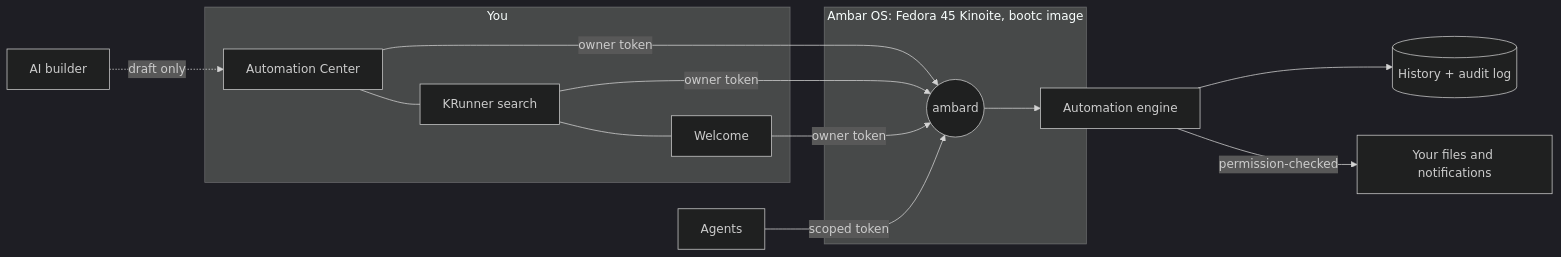
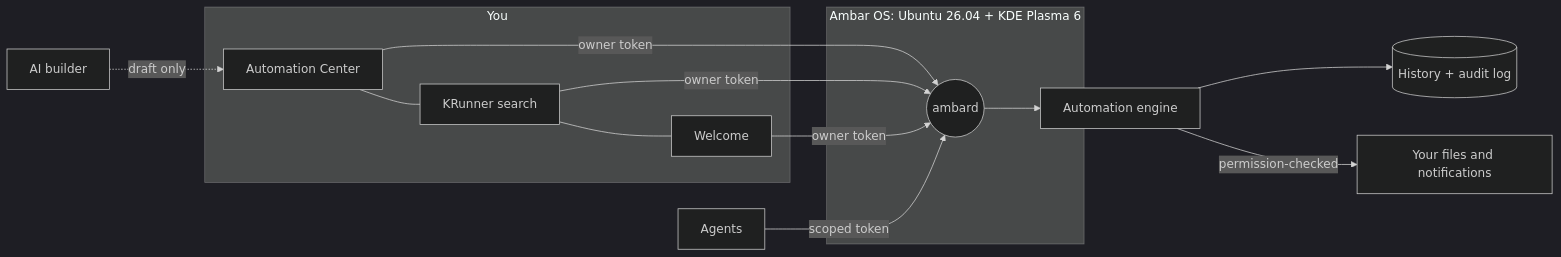
One commit to alexbieber/AmbarOS changed the diagram in README.md. Above: the diagram before and after it, drawn with Mermaid (dark theme). The commit also changed other lines of this file and 21 other files, not shown here.

````diff
--- a/README.md
+++ b/README.md
@@ -112,14 +162,14 @@
 ```mermaid
 flowchart LR
   subgraph You
     AC[Automation Center] --- KR[KRunner search] --- W[Welcome]
   end
   AC & KR & W -- owner token --> D((ambard))
   AG[Agents] -- scoped token --> D
   AI[AI builder] -. draft only .-> AC
   D --> E[Automation engine] --> A[(History + audit log)]
   E -->|permission-checked| F[Your files and notifications]
-  subgraph OS[Ambar OS: Fedora 45 Kinoite, bootc image]
+  subgraph OS[Ambar OS: Ubuntu 26.04 + KDE Plasma 6]
     D
   end
 ```
````
